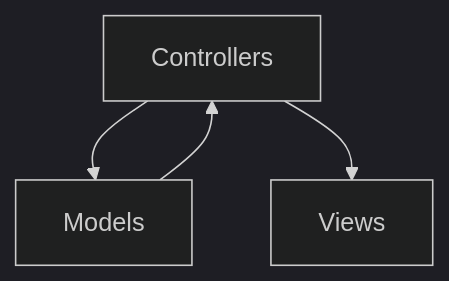
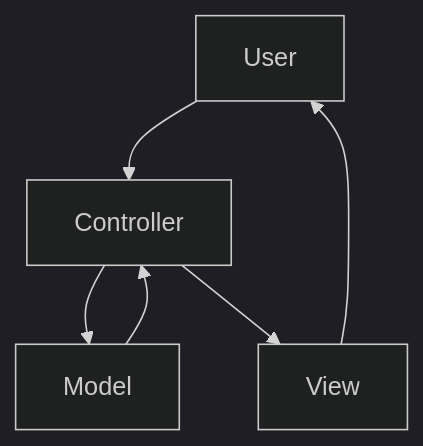
The diagram in layers/README.md (sciola-framework/sciola), drawn with Mermaid (dark theme) before and after one commit.

````diff
--- a/layers/README.md
+++ b/layers/README.md
@@ -7,6 +7,8 @@
 ```mermaid
 graph TD;
-    Controllers-->Models;
-    Models-->Controllers;
-    Controllers-->Views;
+    User-->Controller;
+    Controller-->Model;
+    Model-->Controller;
+    Controller-->View;
+    View-->User;
 ```
````
